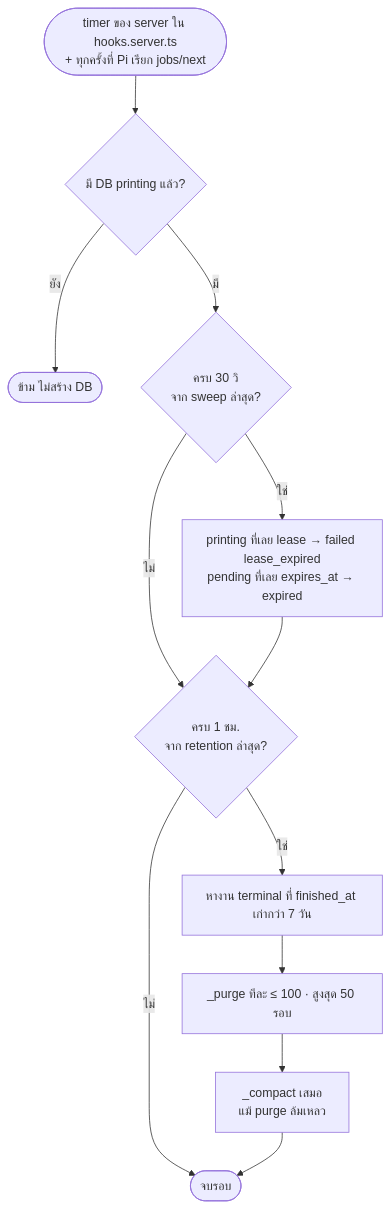
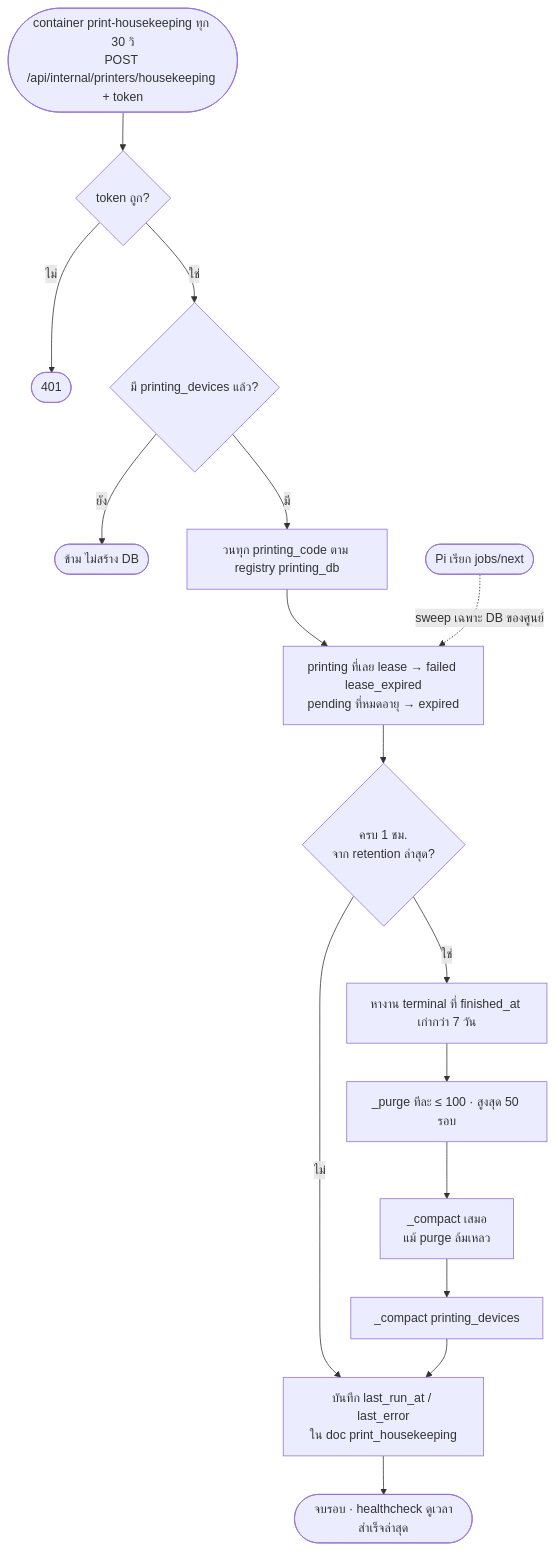
Before and after one commit to r202-coe-psu/tent: the seventh of 7 diagrams in docs/changes/draft-print-server.md, drawn with Mermaid. The commit also changed other lines of this file, not shown here.

Commit message:
docs(printers): revise print server draft cr per pr review

````diff
--- a/docs/changes/draft-print-server.md
+++ b/docs/changes/draft-print-server.md
@@ -265,14 +344,18 @@
 ```mermaid
 flowchart TD
-    T([timer ของ server ใน hooks.server.ts<br/>+ ทุกครั้งที่ Pi เรียก jobs/next]) --> P{มี DB printing แล้ว?}
+    T([container print-housekeeping ทุก 30 วิ<br/>POST /api/internal/printers/housekeeping + token]) --> A{token ถูก?}
+    A -- ไม่ --> X([401])
+    A -- ใช่ --> P{มี printing_devices แล้ว?}
     P -- ยัง --> Z([ข้าม ไม่สร้าง DB])
-    P -- มี --> S{ครบ 30 วิ<br/>จาก sweep ล่าสุด?}
-    S -- ใช่ --> S1[printing ที่เลย lease → failed lease_expired<br/>pending ที่เลย expires_at → expired]
-    S -- ไม่ --> RT
+    P -- มี --> L[วนทุก printing_code ตาม registry printing_db]
+    L --> S1[printing ที่เลย lease → failed lease_expired<br/>pending ที่หมดอายุ → expired]
     S1 --> RT{ครบ 1 ชม.<br/>จาก retention ล่าสุด?}
-    RT -- ไม่ --> E([จบรอบ])
+    RT -- ไม่ --> W
     RT -- ใช่ --> R1[หางาน terminal ที่ finished_at เก่ากว่า 7 วัน]
     R1 --> R2[_purge ทีละ ≤ 100 · สูงสุด 50 รอบ]
     R2 --> R3[_compact เสมอ<br/>แม้ purge ล้มเหลว]
-    R3 --> E
+    R3 --> R4[_compact printing_devices]
+    R4 --> W[บันทึก last_run_at / last_error<br/>ใน doc print_housekeeping]
+    W --> E([จบรอบ · healthcheck ดูเวลาสำเร็จล่าสุด])
+    J([Pi เรียก jobs/next]) -. sweep เฉพาะ DB ของศูนย์ .-> S1
 ```
````
